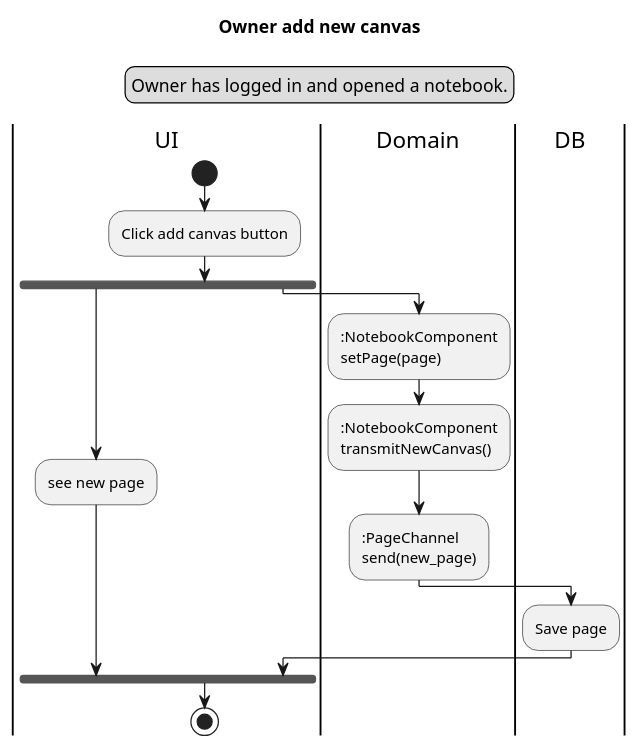
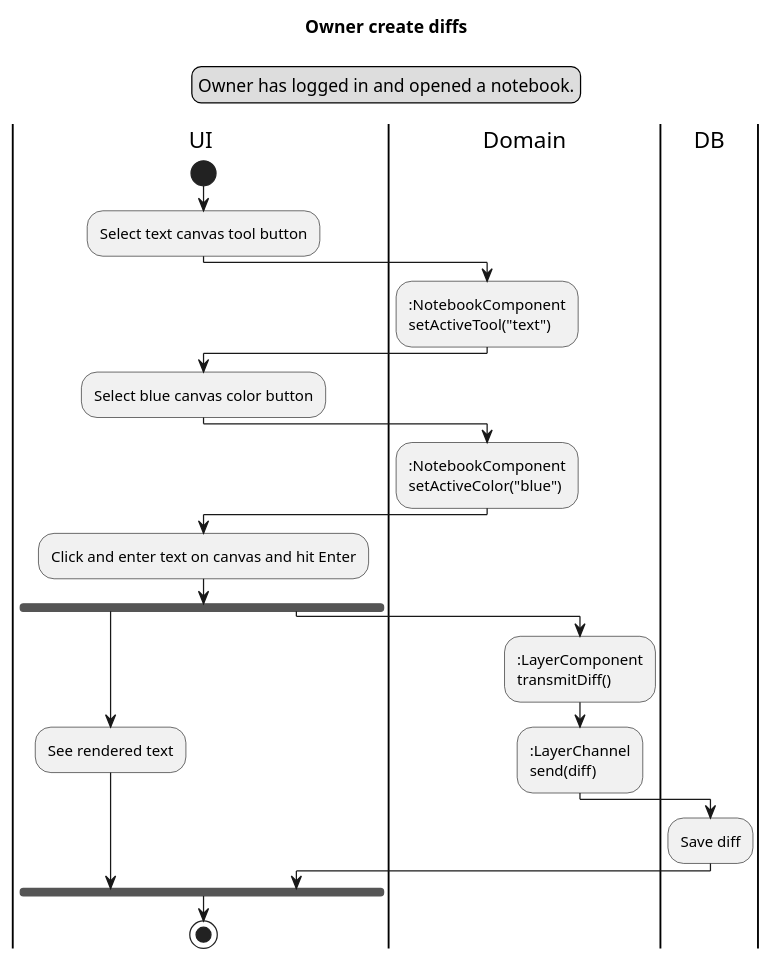
Before and after one commit to calebschoepp/canvasync: the diagram in docs/preliminary_design/owner_create_diffs_ad.plantuml, drawn with PlantUML. The commit also changed 19 other files, not shown here.

Commit message:
Lotta uml

```diff
--- a/docs/preliminary_design/owner_create_diffs_ad.plantuml
+++ b/docs/preliminary_design/owner_create_diffs_ad.plantuml
@@ -1,26 +1,34 @@
-@startuml Owner add new canvas
-Title Owner add new canvas
+@startuml Owner create diffs
+Title Owner create diffs
 legend top
 Owner has logged in and opened a notebook.
 endlegend
 
 |UI|
 start
-:Click add canvas button;
+:Select text canvas tool button;
+|Domain|
+::NotebookComponent
+setActiveTool("text");
+|UI|
+:Select blue canvas color button;
+|Domain|
+::NotebookComponent
+setActiveColor("blue");
+|UI|
+:Click and enter text on canvas and hit Enter;
 fork
     |UI|
-    :see new page;
+    :See rendered text;
 fork again
     |Domain|
-    ::NotebookComponent
-    setPage(page);
-    ::NotebookComponent
-    transmitNewCanvas();
-    ::PageChannel
-    send(new_page);
+    ::LayerComponent
+    transmitDiff();
+    ::LayerChannel
+    send(diff);
     |DB|
-    :Save page;
+    :Save diff;
     |UI|
 end fork
 stop
 @enduml
```
